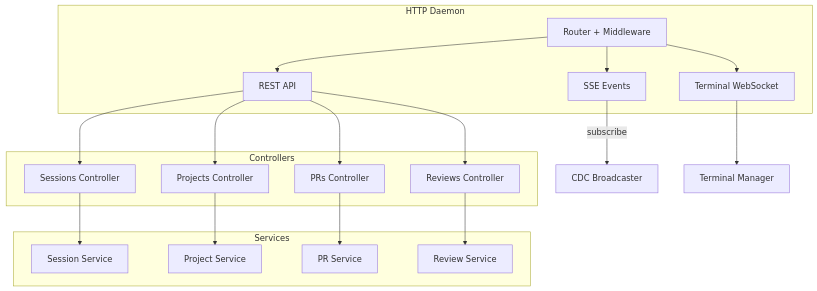
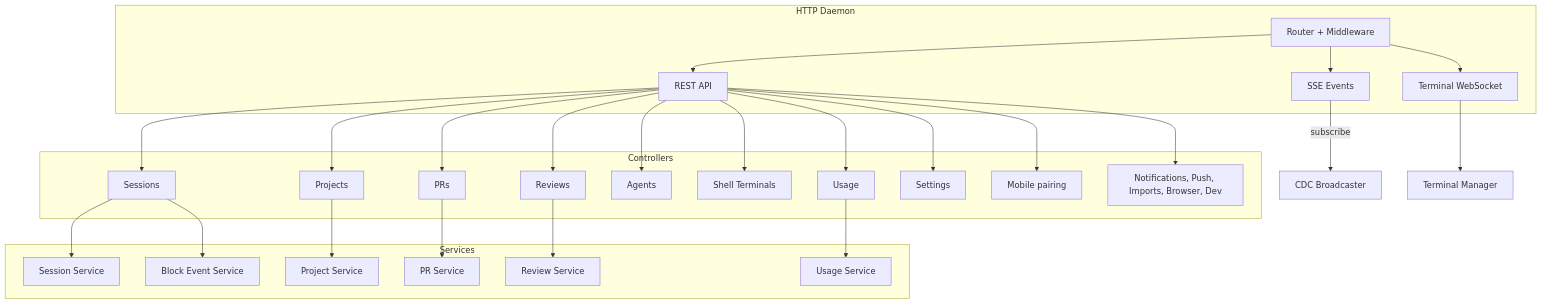
One commit to OmarAly92/Operator changed diagram 20 of 23 in docs/architecture.md. Above: the diagram before and after it, drawn with Mermaid. The commit also changed other lines of this file and 11 other files, not shown here.

Commit message:
docs: update architecture and block assembly for transcript handling improvements

````diff
--- a/docs/architecture.md
+++ b/docs/architecture.md
@@ -726,38 +848,54 @@
 ```mermaid
 flowchart TD
     subgraph HTTPD["HTTP Daemon"]
         Router[Router + Middleware]
 
         Router --> API[REST API]
         Router --> Events[SSE Events]
         Router --> Terminal[Terminal WebSocket]
     end
 
     subgraph Controllers["Controllers"]
-        Sessions[Sessions Controller]
-        Projects[Projects Controller]
-        PRs[PRs Controller]
-        Reviews[Reviews Controller]
+        Sessions[Sessions]
+        Projects[Projects]
+        PRs[PRs]
+        Reviews[Reviews]
+        Agents[Agents]
+        Shells[Shell Terminals]
+        Usage[Usage]
+        Settings[Settings]
+        Mobile[Mobile pairing]
+        Others[Notifications, Push, Imports, Browser, Dev]
     end
 
     subgraph Services["Services"]
         SessionSvc[Session Service]
         ProjectSvc[Project Service]
         PRSvc[PR Service]
         ReviewSvc[Review Service]
+        BlockSvc[Block Event Service]
+        UsageSvc[Usage Service]
     end
 
     API --> Sessions
     API --> Projects
     API --> PRs
     API --> Reviews
+    API --> Agents
+    API --> Shells
+    API --> Usage
+    API --> Settings
+    API --> Mobile
+    API --> Others
 
     Sessions --> SessionSvc
+    Sessions --> BlockSvc
     Projects --> ProjectSvc
     PRs --> PRSvc
     Reviews --> ReviewSvc
+    Usage --> UsageSvc
 
     Events -->|subscribe| CDC[CDC Broadcaster]
     Terminal --> TerminalMux[Terminal Manager]
 
 ```
````
